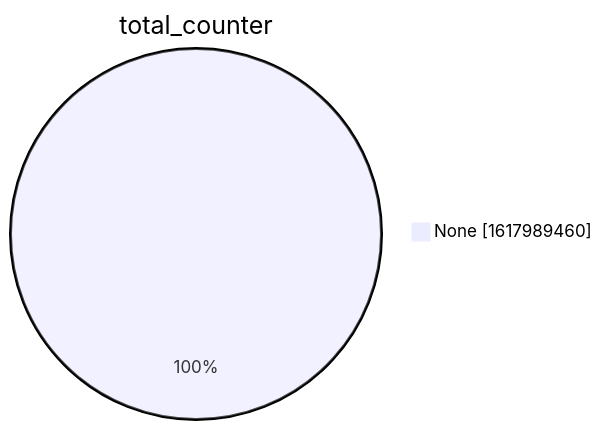
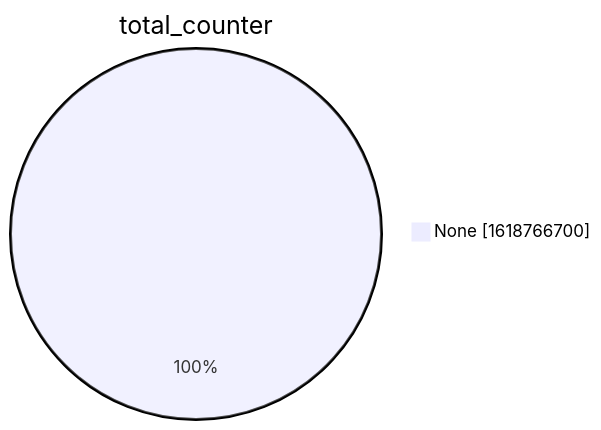
One commit to christiankrug/ctmonitor_visualization changed the second of 15 diagrams in xenon2022/README.md. Above: the diagram before and after it, drawn with Mermaid. The commit also changed other lines of this file, not shown here.

````diff
--- a/xenon2022/README.md
+++ b/xenon2022/README.md
@@ -9,5 +9,5 @@
 ```mermaid
 pie showData
 title total_counter
-"None" :1617989460
+"None" :1618766700
 ```
````
